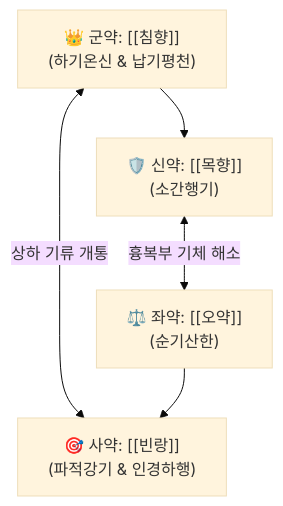
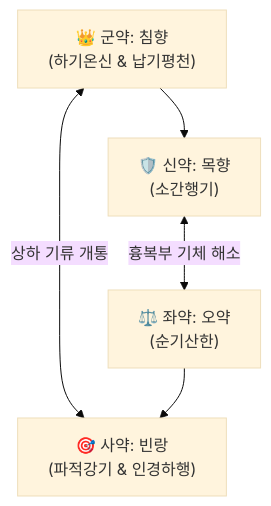
One commit to simbio11/simbio-digital-garden2 changed the diagram in content/2. 약리 공부/처방/04_이기·화해제/침향사마탕.md. Above: the diagram before and after it, drawn with Mermaid (base theme). The commit also changed other lines of this file and 122 other files, not shown here.

````diff
--- a/content/2. 약리 공부/처방/04_이기·화해제/침향사마탕.md
+++ b/content/2. 약리 공부/처방/04_이기·화해제/침향사마탕.md
@@ -58,7 +59,7 @@
 ```mermaid
 graph TD
-    CH["👑 군약: [[침향]]<br>(하기온신 & 납기평천)"] <-->|상하 기류 개통| BL["🎯 사약: [[빈랑]]<br>(파적강기 & 인경하행)"]
-    MH["🛡️ 신약: [[목향]]<br>(소간행기)"] <-->|흉복부 기체 해소| OY["⚖️ 좌약: [[오약]]<br>(순기산한)"]
+    CH["👑 군약: 침향<br>(하기온신 & 납기평천)"] <-->|상하 기류 개통| BL["🎯 사약: 빈랑<br>(파적강기 & 인경하행)"]
+    MH["🛡️ 신약: 목향<br>(소간행기)"] <-->|흉복부 기체 해소| OY["⚖️ 좌약: 오약<br>(순기산한)"]
     CH --> MH
     OY --> BL
 ```
````
